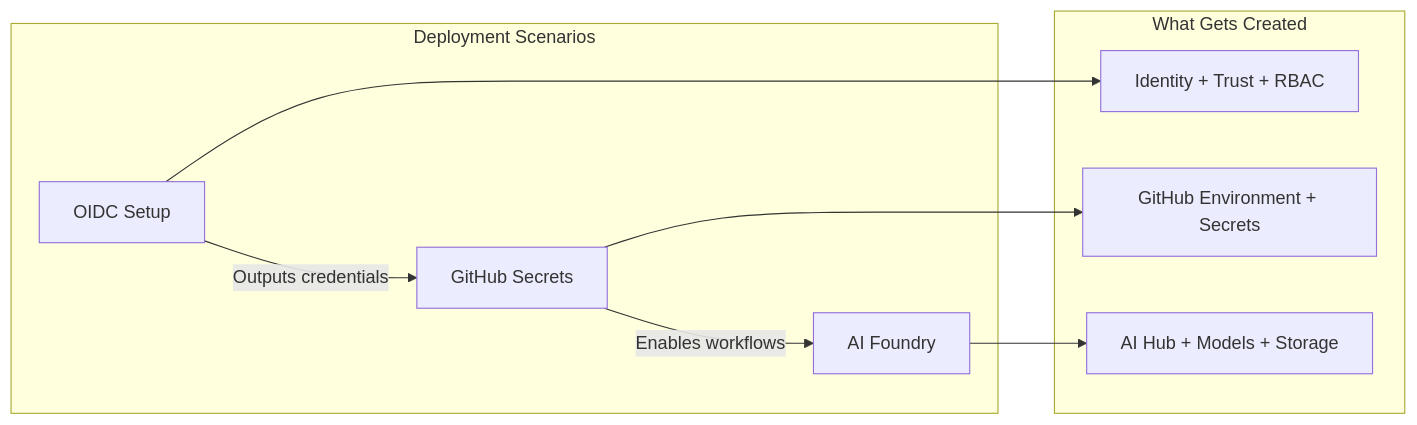
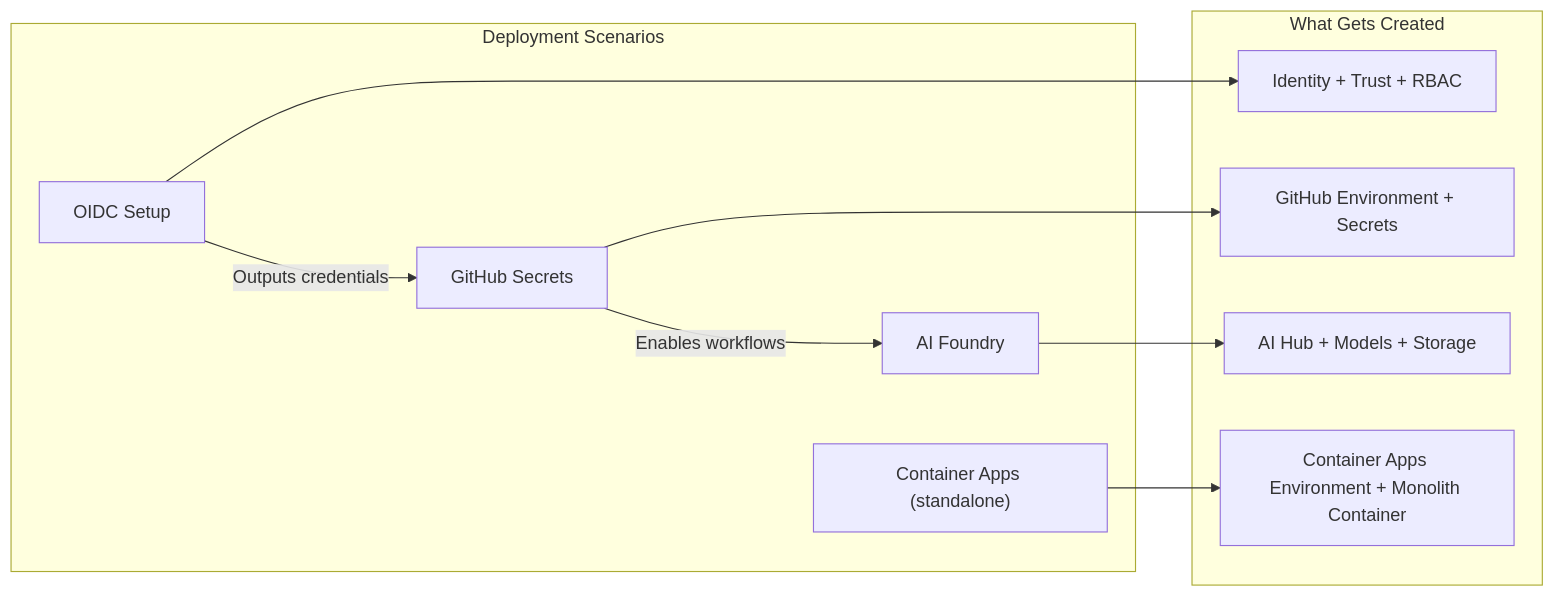
Before and after one commit to ks6088ts/template-github-copilot: the fifth of 5 diagrams in docs/copilot_report_forge/architecture.md, drawn with Mermaid. The commit also changed other lines of this file and 31 other files, not shown here.

Commit message:
implement container apps scenario

````diff
--- a/docs/copilot_report_forge/architecture.md
+++ b/docs/copilot_report_forge/architecture.md
@@ -182,21 +182,24 @@
 ```mermaid
 flowchart LR
     subgraph Scenarios["Deployment Scenarios"]
         S1["OIDC Setup"]
         S2["GitHub Secrets"]
         S3["AI Foundry"]
+        S4["Container Apps (standalone)"]
     end
 
     S1 -- "Outputs credentials" --> S2
     S2 -- "Enables workflows" --> S3
 
     subgraph Provisions["What Gets Created"]
         P1["Identity + Trust + RBAC"]
         P2["GitHub Environment + Secrets"]
         P3["AI Hub + Models + Storage"]
+        P4["Container Apps Environment + Monolith Container"]
     end
 
     S1 --> P1
     S2 --> P2
     S3 --> P3
+    S4 --> P4
 ```
````
